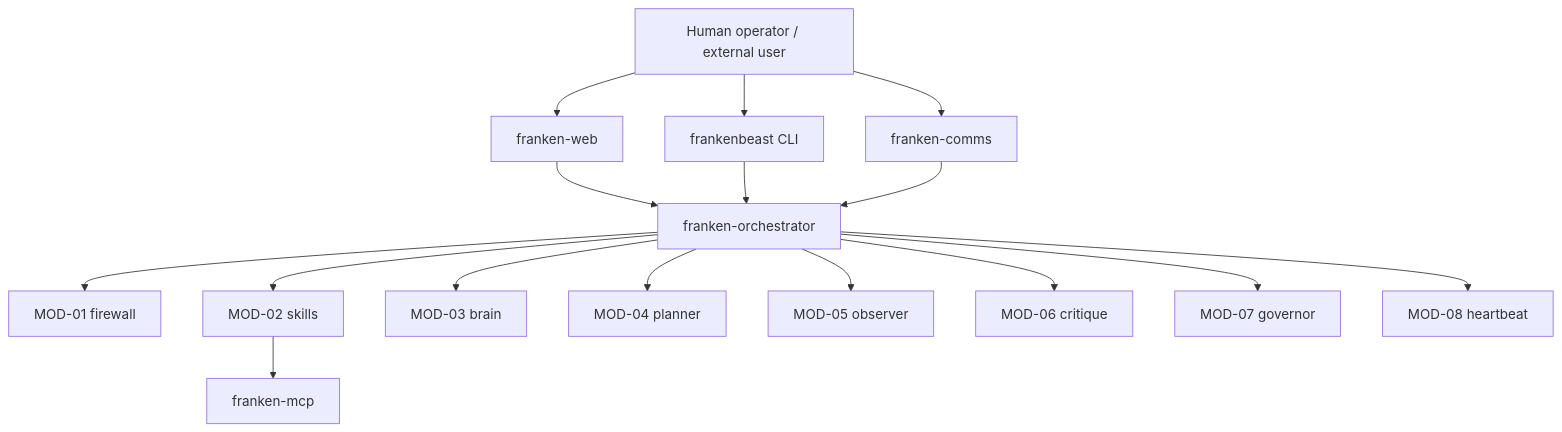
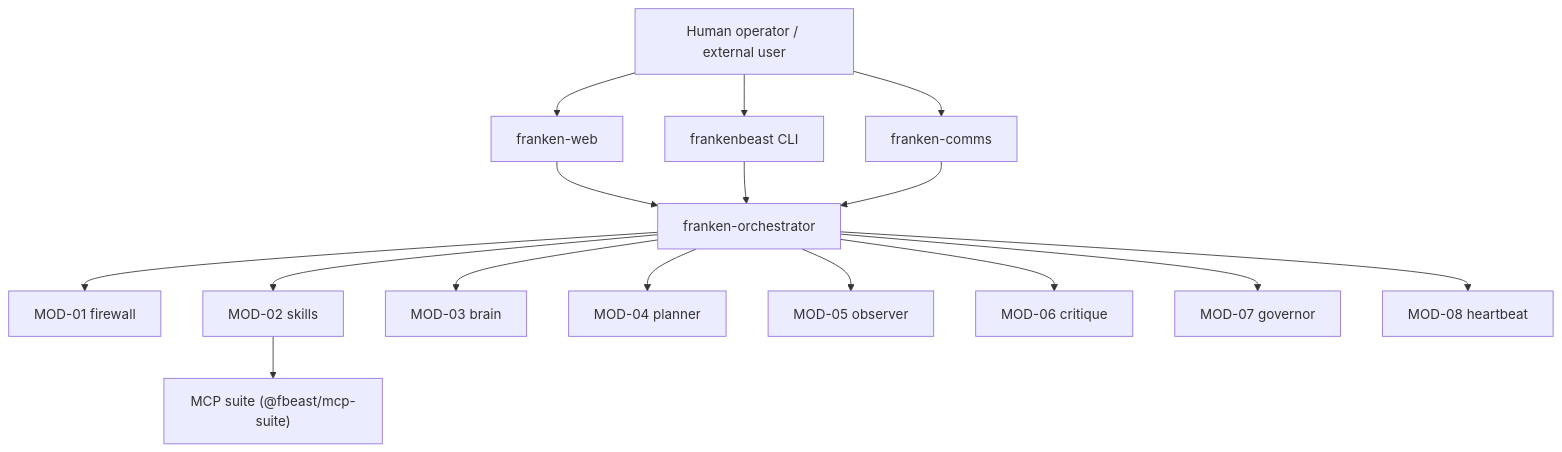
Diagram 12 of 18 in docs/DATA_FLOW.md (djm204/frankenbeast), drawn with Mermaid before and after one commit. The commit also changed other lines of this file and 2 other files, not shown here.

First line of the commit message:
docs: correct architecture docs to match real local-CLI wiring and contracts

````diff
--- a/docs/DATA_FLOW.md
+++ b/docs/DATA_FLOW.md
@@ -429,31 +433,31 @@
 ```mermaid
 flowchart TD
     User["Human operator / external user"]
     Dashboard["franken-web"]
     CLI["frankenbeast CLI"]
     Comms["franken-comms"]
     Orchestrator["franken-orchestrator"]
     Firewall["MOD-01 firewall"]
     Skills["MOD-02 skills"]
     Brain["MOD-03 brain"]
     Planner["MOD-04 planner"]
     Observer["MOD-05 observer"]
     Critique["MOD-06 critique"]
     Governor["MOD-07 governor"]
     Heartbeat["MOD-08 heartbeat"]
-    MCP["franken-mcp"]
+    MCP["MCP suite (@fbeast/mcp-suite)"]
 
     User --> Dashboard --> Orchestrator
     User --> CLI --> Orchestrator
     User --> Comms --> Orchestrator
 
     Orchestrator --> Firewall
     Orchestrator --> Brain
     Orchestrator --> Planner
     Orchestrator --> Critique
     Orchestrator --> Skills
     Orchestrator --> Governor
     Orchestrator --> Observer
     Orchestrator --> Heartbeat
     Skills --> MCP
 ```
````
